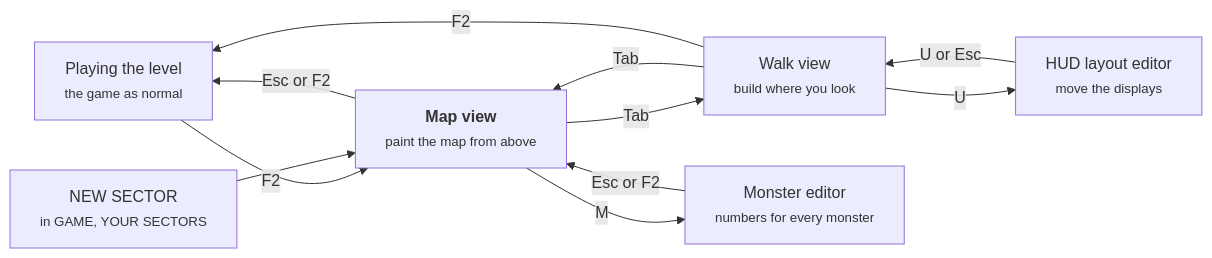
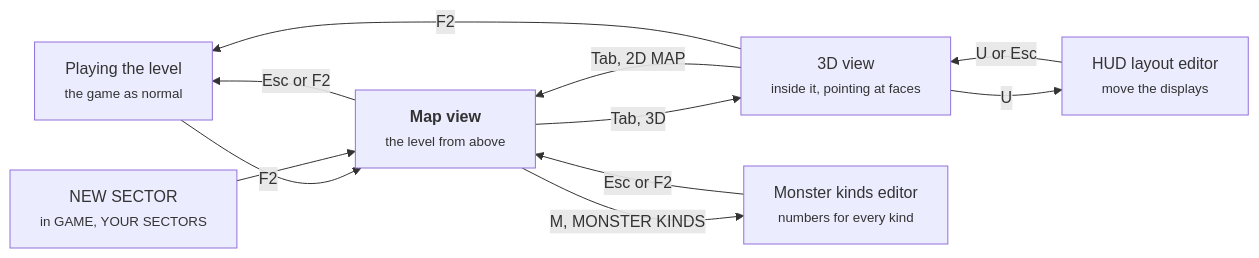
The diagram in LEVEL-EDITOR-GUIDE.md (grymmjack/neon-caster), drawn with Mermaid before and after one commit. The commit also changed other lines of this file and 3 other files, not shown here.

First line of the commit message:
Docs: the level editor guide, the tutorial and the README for the new editor

````diff
--- a/LEVEL-EDITOR-GUIDE.md
+++ b/LEVEL-EDITOR-GUIDE.md
@@ -38,19 +41,19 @@
 ```mermaid
 flowchart LR
     play["Playing the level<br/><small>the game as normal</small>"]
-    map["<b>Map view</b><br/><small>paint the map from above</small>"]
-    walk["Walk view<br/><small>build where you look</small>"]
+    map["<b>Map view</b><br/><small>the level from above</small>"]
+    walk["3D view<br/><small>inside it, pointing at faces</small>"]
     new["NEW SECTOR<br/><small>in GAME, YOUR SECTORS</small>"]
-    mon["Monster editor<br/><small>numbers for every monster</small>"]
+    mon["Monster kinds editor<br/><small>numbers for every kind</small>"]
     hud["HUD layout editor<br/><small>move the displays</small>"]
     play -- F2 --> map
     map -- "Esc or F2" --> play
-    map -- Tab --> walk
-    walk -- Tab --> map
+    map -- "Tab, 3D" --> walk
+    walk -- "Tab, 2D MAP" --> map
     walk -- F2 --> play
     new --> map
-    map -- M --> mon
+    map -- "M, MONSTER KINDS" --> mon
     mon -- "Esc or F2" --> map
     walk -- U --> hud
     hud -- "U or Esc" --> walk
 ```
````
